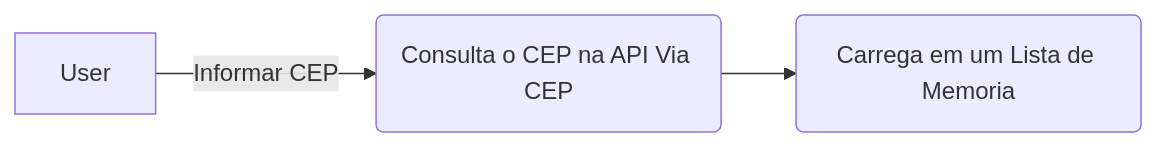
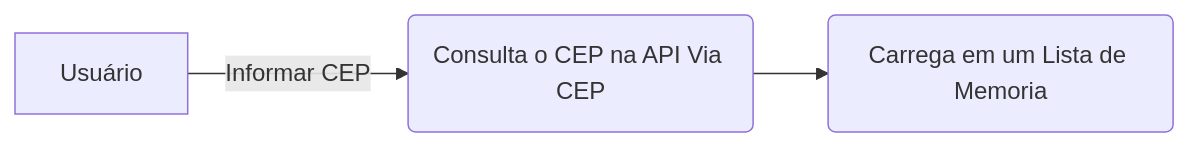
The diagram in README.md (peringfc/ConsulaCEP), drawn with Mermaid before and after one commit.

````diff
--- a/README.md
+++ b/README.md
@@ -5,4 +5,4 @@
 ```mermaid
 graph LR
-A[User] -- Informar CEP --> B( Consulta o CEP na API Via CEP) --> Z(Carrega em um Lista de Memoria)
+A[Usuário] -- Informar CEP --> B( Consulta o CEP na API Via CEP) --> Z(Carrega em um Lista de Memoria)
 ```
````
